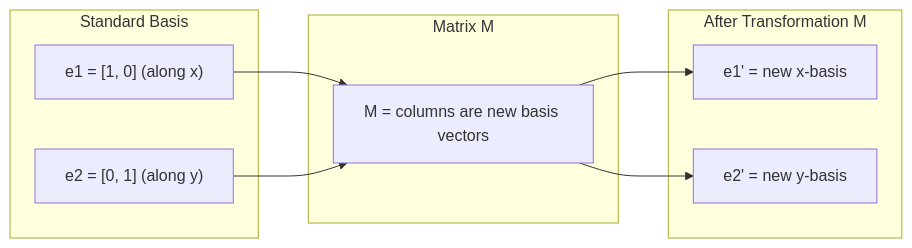
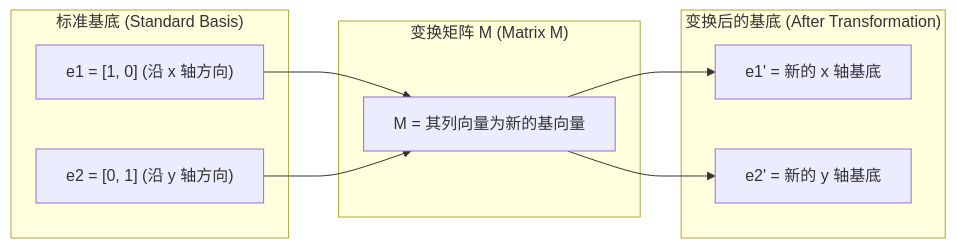
Before and after one commit to SmallMX/ai-engineering-from-scratch: the first of 7 diagrams in phases/01-math-foundations/03-matrix-transformations/docs/zh-CN.md, drawn with Mermaid. The commit also changed other lines of this file and 1 other file, not shown here.

First line of the commit message:
feat(phase-01/03): matrix-transformations

````diff
--- a/phases/01-math-foundations/03-matrix-transformations/docs/zh-CN.md
+++ b/phases/01-math-foundations/03-matrix-transformations/docs/zh-CN.md
@@ -47,16 +47,16 @@
 ```mermaid
 graph LR
-    subgraph Before["Standard Basis"]
-        e1["e1 = [1, 0] (along x)"]
-        e2["e2 = [0, 1] (along y)"]
+    subgraph Before["标准基底 (Standard Basis)"]
+        e1["e1 = [1, 0] (沿 x 轴方向)"]
+        e2["e2 = [0, 1] (沿 y 轴方向)"]
     end
-    subgraph Transform["Matrix M"]
-        M["M = columns are new basis vectors"]
+    subgraph Transform["变换矩阵 M (Matrix M)"]
+        M["M = 其列向量为新的基向量"]
     end
-    subgraph After["After Transformation M"]
-        e1p["e1' = new x-basis"]
-        e2p["e2' = new y-basis"]
+    subgraph After["变换后的基底 (After Transformation)"]
+        e1p["e1' = 新的 x 轴基底"]
+        e2p["e2' = 新的 y 轴基底"]
     end
     e1 --> M --> e1p
     e2 --> M --> e2p
 ```
````
